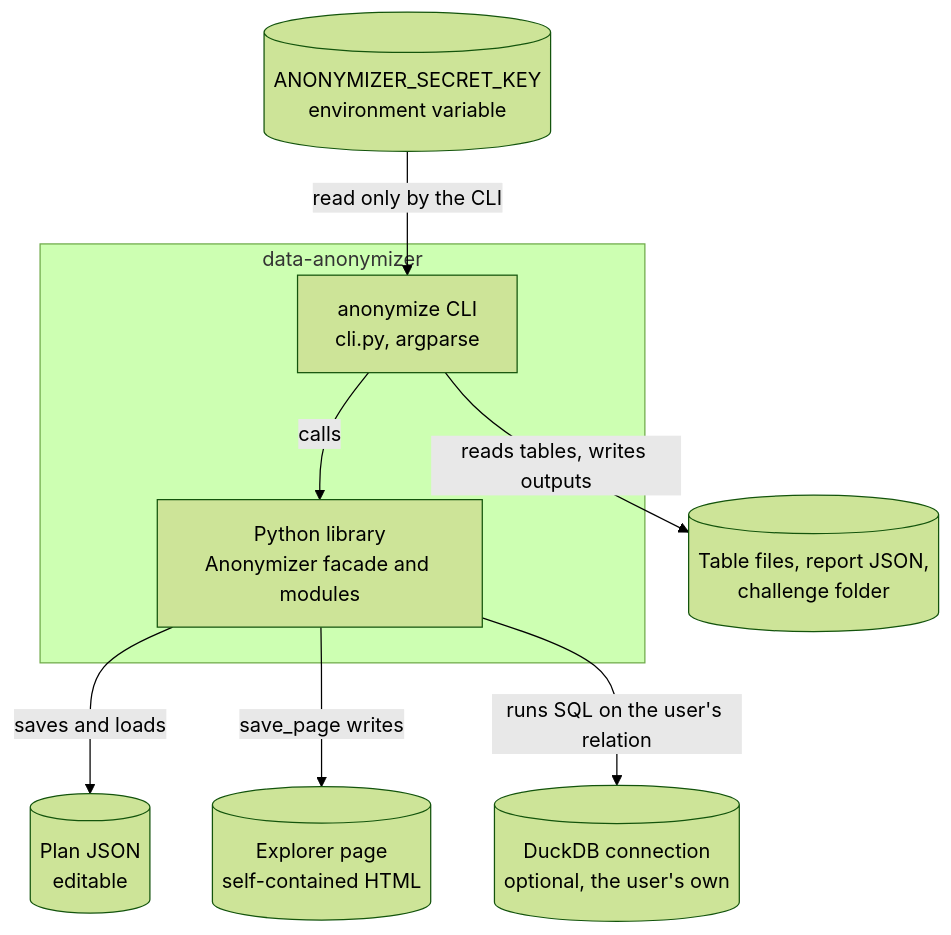
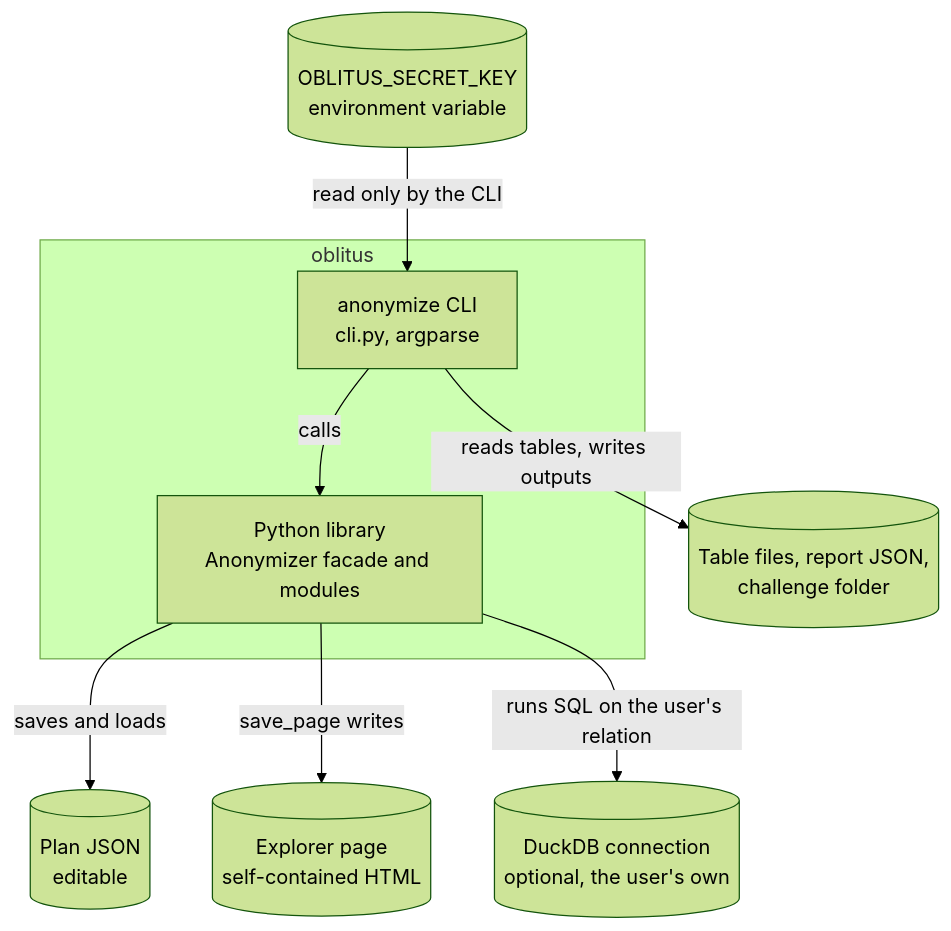
The second of 4 diagrams in ARCHITECTURE.md (rmonteiro-pereira/data-anonymizer), drawn with Mermaid (forest theme) before and after one commit. The commit also changed other lines of this file and 167 other files, not shown here.

````diff
--- a/ARCHITECTURE.md
+++ b/ARCHITECTURE.md
@@ -66,19 +66,19 @@
 ```mermaid
 flowchart TB
-  subgraph system["data-anonymizer"]
+  subgraph system["oblitus"]
     cli["anonymize CLI<br/>cli.py, argparse"]
     library["Python library<br/>Anonymizer facade and modules"]
   end
-  env[("ANONYMIZER_SECRET_KEY<br/>environment variable")]
+  env[("OBLITUS_SECRET_KEY<br/>environment variable")]
   plan[("Plan JSON<br/>editable")]
   outputs[("Table files, report JSON,<br/>challenge folder")]
   page[("Explorer page<br/>self-contained HTML")]
   duckdb[("DuckDB connection<br/>optional, the user's own")]
 
   cli -->|"calls"| library
   env -->|"read only by the CLI"| cli
   cli -->|"reads tables, writes outputs"| outputs
   library -->|"saves and loads"| plan
   library -->|"save_page writes"| page
   library -->|"runs SQL on the user's relation"| duckdb
 ```
````
